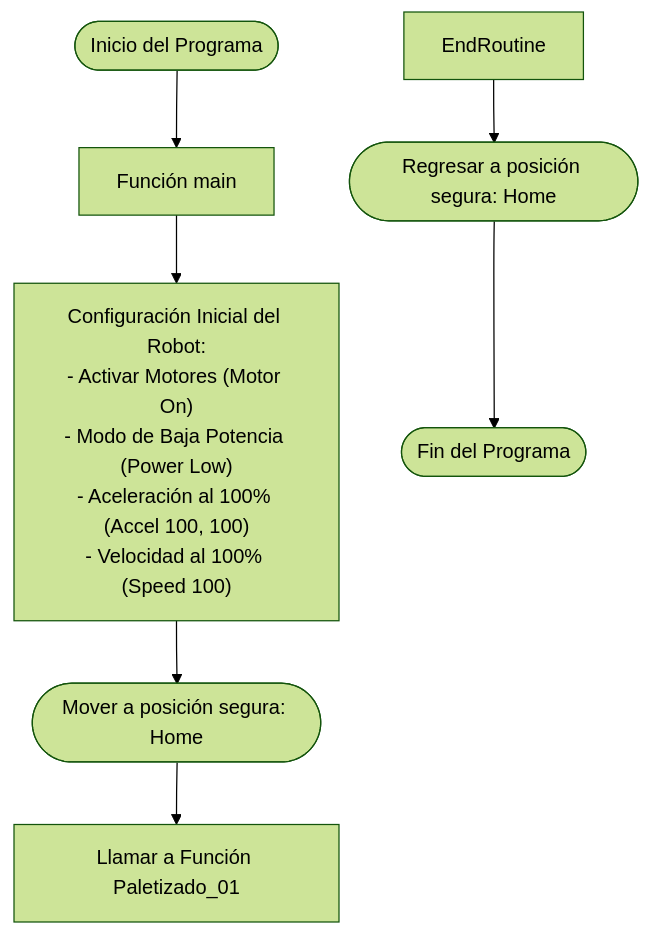
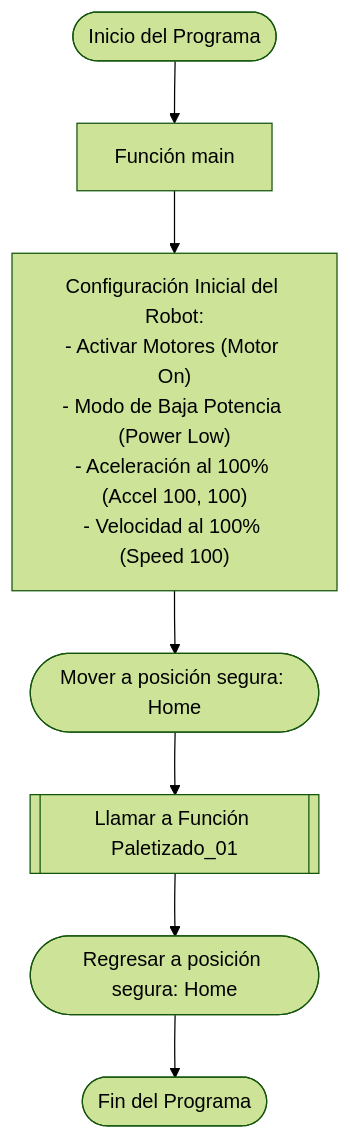
Before and after one commit to labsir-un/Robotica-2026-I-Equipo-3C-Moreno-Ramos: the first of 2 diagrams in Laboratorio No. 03 - Robótica Industrial EPSON T3 401S y EPSON RC+/README.MD, drawn with Mermaid (forest theme). The commit also changed other lines of this file, not shown here.

````diff
--- a/Laboratorio No. 03 - Robótica Industrial EPSON T3 401S y EPSON RC+/README.MD
+++ b/Laboratorio No. 03 - Robótica Industrial EPSON T3 401S y EPSON RC+/README.MD
@@ -212,11 +212,11 @@
 ```mermaid
 flowchart TD
     Start([Inicio del Programa]) --> Main["Función main"]
     Main --> Init["Configuración Inicial del Robot:<br>- Activar Motores (Motor On)<br>- Modo de Baja Potencia (Power Low)<br>- Aceleración al 100% (Accel 100, 100)<br>- Velocidad al 100% (Speed 100)"]
     Init --> GoHome1(["Mover a posición segura: Home"])
-    GoHome1 --> CallRoutine["Llamar a Función Paletizado_01"]
-    EndRoutine --> GoHome2(["Regresar a posición segura: Home"])
+    GoHome1 --> CallRoutine[["Llamar a Función Paletizado_01"]]
+    
+    %% Nota: El uso de doble borde [[]] indica conceptualmente que llama a otro proceso
+    CallRoutine --> GoHome2(["Regresar a posición segura: Home"])
     GoHome2 --> EndProg([Fin del Programa])
-
-    
 ```
````
